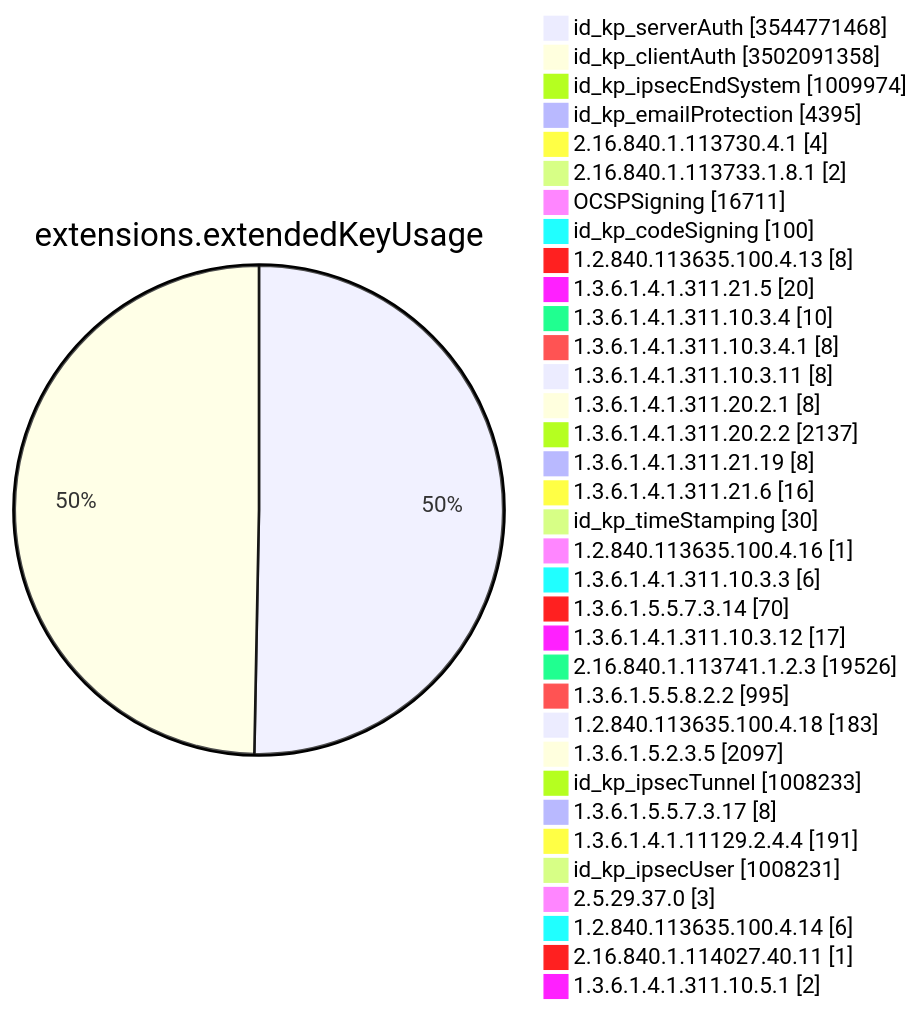
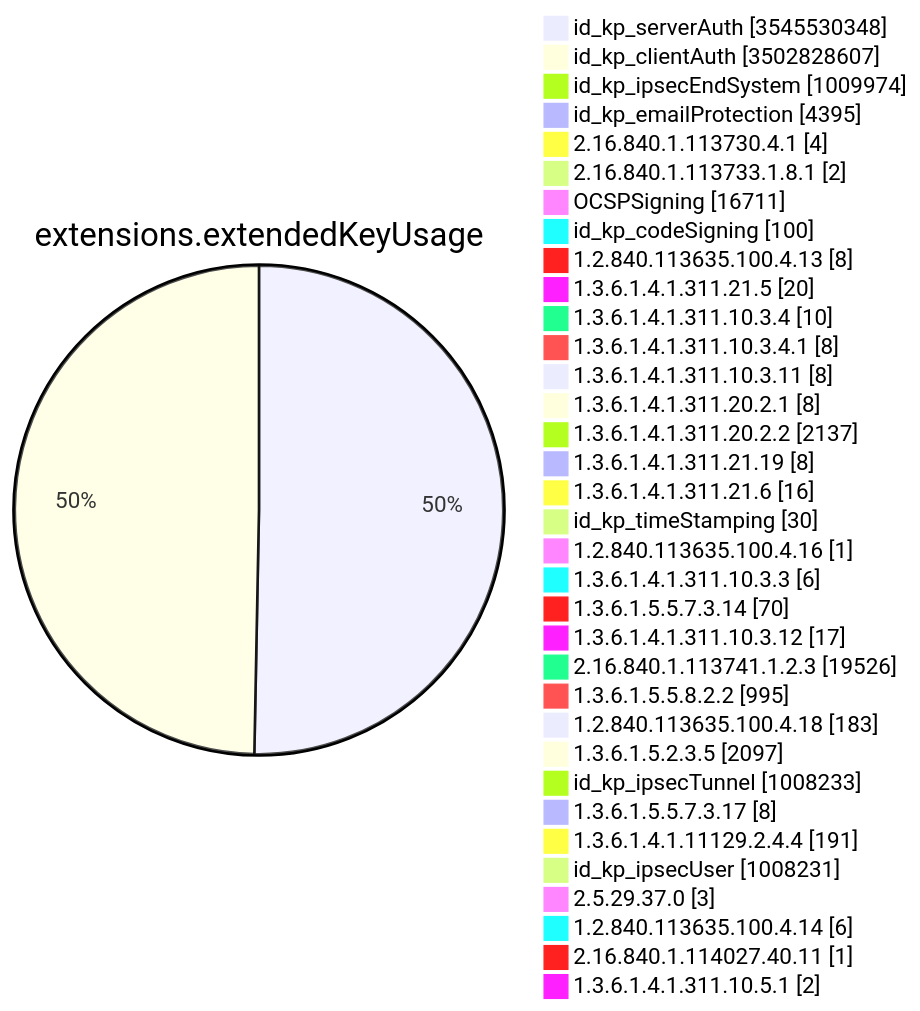
One commit to christiankrug/ctmonitor_visualization changed diagram 11 of 15 in TOTAL/README.md. Above: the diagram before and after it, drawn with Mermaid. The commit also changed other lines of this file, not shown here.

````diff
--- a/TOTAL/README.md
+++ b/TOTAL/README.md
@@ -4127,38 +4127,38 @@
 ```mermaid
 pie showData
 title extensions.extendedKeyUsage
-"id_kp_serverAuth" :3544771468
-"id_kp_clientAuth" :3502091358
+"id_kp_serverAuth" :3545530348
+"id_kp_clientAuth" :3502828607
 "id_kp_ipsecEndSystem" :1009974
 "id_kp_emailProtection" :4395
 "2.16.840.1.113730.4.1" :4
 "2.16.840.1.113733.1.8.1" :2
 "OCSPSigning" :16711
 "id_kp_codeSigning" :100
 "1.2.840.113635.100.4.13" :8
 "1.3.6.1.4.1.311.21.5" :20
 "1.3.6.1.4.1.311.10.3.4" :10
 "1.3.6.1.4.1.311.10.3.4.1" :8
 "1.3.6.1.4.1.311.10.3.11" :8
 "1.3.6.1.4.1.311.20.2.1" :8
 "1.3.6.1.4.1.311.20.2.2" :2137
 "1.3.6.1.4.1.311.21.19" :8
 "1.3.6.1.4.1.311.21.6" :16
 "id_kp_timeStamping" :30
 "1.2.840.113635.100.4.16" :1
 "1.3.6.1.4.1.311.10.3.3" :6
 "1.3.6.1.5.5.7.3.14" :70
 "1.3.6.1.4.1.311.10.3.12" :17
 "2.16.840.1.113741.1.2.3" :19526
 "1.3.6.1.5.5.8.2.2" :995
 "1.2.840.113635.100.4.18" :183
 "1.3.6.1.5.2.3.5" :2097
 "id_kp_ipsecTunnel" :1008233
 "1.3.6.1.5.5.7.3.17" :8
 "1.3.6.1.4.1.11129.2.4.4" :191
 "id_kp_ipsecUser" :1008231
 "2.5.29.37.0" :3
 "1.2.840.113635.100.4.14" :6
 "2.16.840.1.114027.40.11" :1
 "1.3.6.1.4.1.311.10.5.1" :2
 ```
````
